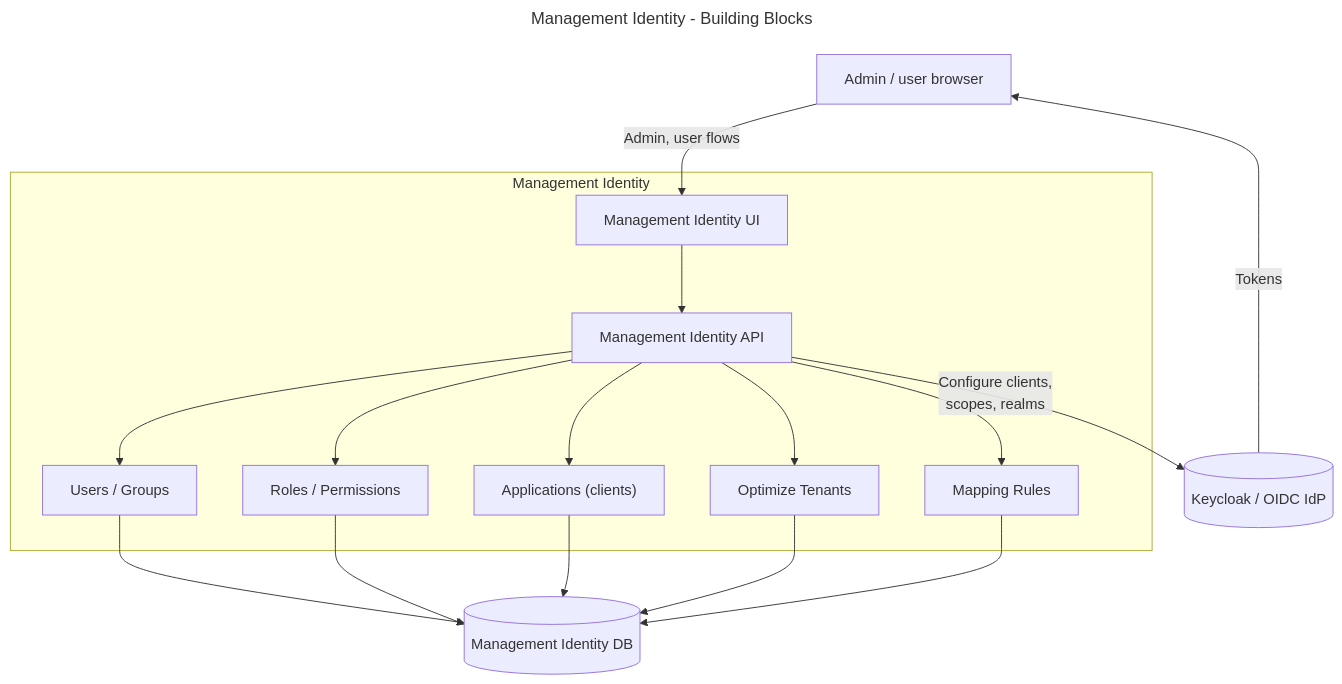
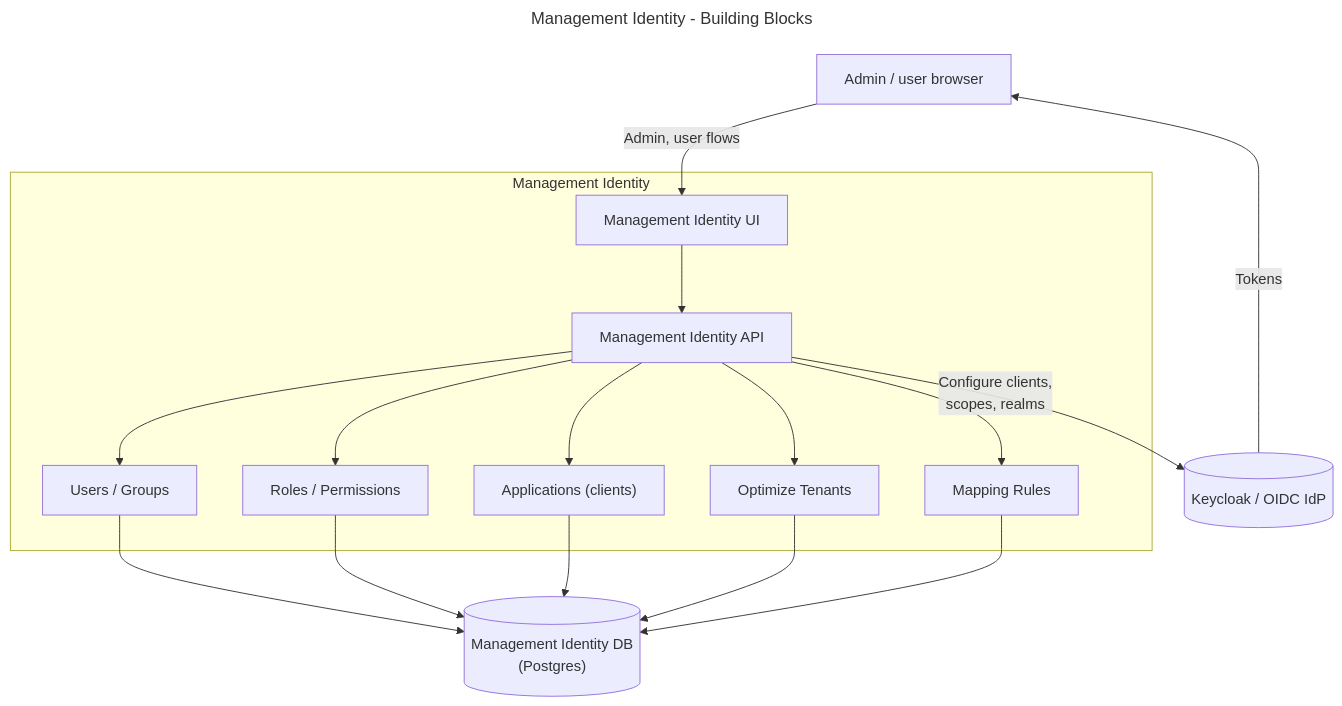
The third of 10 diagrams in docs/monorepo-docs/architecture/components/identity/management_identity_architecture_docs.md (camunda/camunda), drawn with Mermaid before and after one commit. The commit also changed other lines of this file, not shown here.

First line of the commit message:
docs: add complete arc42 architecture documentation for Management Identity

````diff
--- a/docs/monorepo-docs/architecture/components/identity/management_identity_architecture_docs.md
+++ b/docs/monorepo-docs/architecture/components/identity/management_identity_architecture_docs.md
@@ -193,37 +194,37 @@
 ```mermaid
 ---
 title: Management Identity - Building Blocks
 ---
 flowchart TB
   BROWSER["Admin / user browser"]
   IDP[("Keycloak / OIDC IdP")]
-  MGMT_DB[("Management Identity DB")]
+  MGMT_DB[("Management Identity DB\n(Postgres)")]
 
   subgraph MGMT_ID["Management Identity"]
     UI["Management Identity UI"]
     API["Management Identity API"]
     USERS["Users / Groups"]
     ROLES["Roles / Permissions"]
     APPS["Applications (clients)"]
     TENANTS["Optimize Tenants"]
     RULES["Mapping Rules"]
   end
 
   BROWSER -->|"Admin, user flows"| UI
   UI --> API
 
   API --> USERS
   API --> ROLES
   API --> APPS
   API --> TENANTS
   API --> RULES
 
   API -->|"Configure clients,\nscopes, realms"| IDP
   IDP -->|"Tokens"| BROWSER
 
   USERS --> MGMT_DB
   ROLES --> MGMT_DB
   APPS --> MGMT_DB
   TENANTS --> MGMT_DB
   RULES --> MGMT_DB
 ```
````
